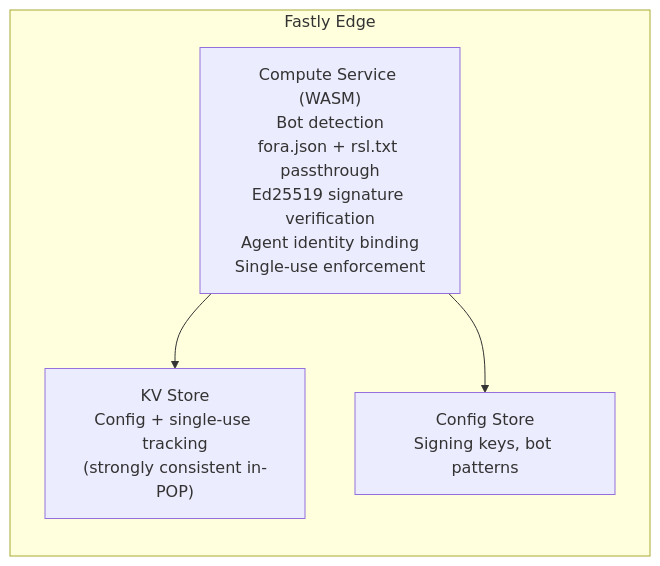
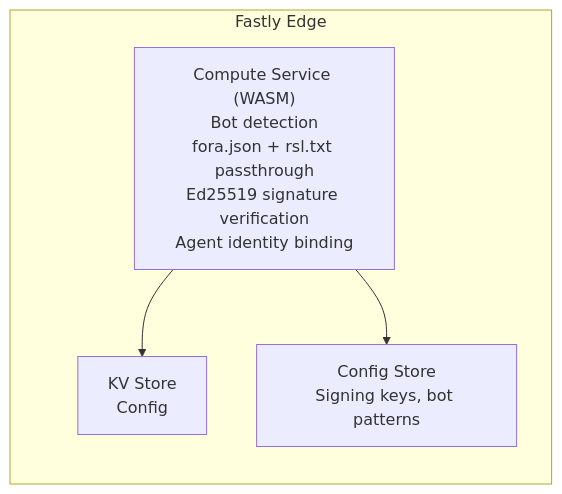
One commit to FORA-Protocol/protocol changed the third of 3 diagrams in website/src/content/docs/components/edge-function/cdn-adapters.mdx. Above: the diagram before and after it, drawn with Mermaid. The commit also changed other lines of this file and 18 other files, not shown here.

````diff
--- a/website/src/content/docs/components/edge-function/cdn-adapters.mdx
+++ b/website/src/content/docs/components/edge-function/cdn-adapters.mdx
@@ -251,11 +231,11 @@
 ```mermaid
 graph LR
     subgraph "Fastly Edge"
-        COMPUTE["Compute Service (WASM)<br/>Bot detection<br/>fora.json + rsl.txt passthrough<br/>Ed25519 signature verification<br/>Agent identity binding<br/>Single-use enforcement"]
-        KV_STORE["KV Store<br/>Config + single-use tracking<br/>(strongly consistent in-POP)"]
+        COMPUTE["Compute Service (WASM)<br/>Bot detection<br/>fora.json + rsl.txt passthrough<br/>Ed25519 signature verification<br/>Agent identity binding"]
+        KV_STORE["KV Store<br/>Config"]
         CONFIG_STORE["Config Store<br/>Signing keys, bot patterns"]
     end
 
     COMPUTE --> KV_STORE
     COMPUTE --> CONFIG_STORE
 ```
````
